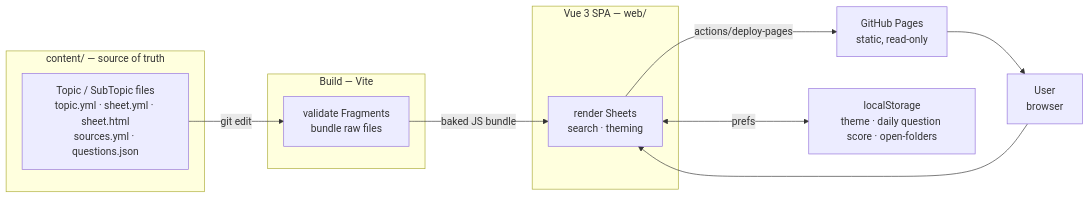
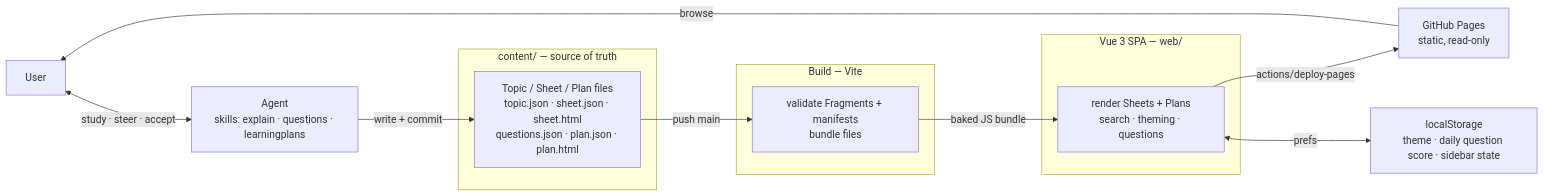
The first of 7 diagrams in docs/hldd/hldd.md (Povaz/cheatsheets), drawn with Mermaid before and after one commit. The commit also changed other lines of this file and 121 other files, not shown here.

First line of the commit message:
refactor: Agent-authored content, trunk-based flow, Topic > Sheet

````diff
--- a/docs/hldd/hldd.md
+++ b/docs/hldd/hldd.md
@@ -36,22 +38,24 @@
 ```mermaid
 flowchart LR
+    U["User"]
+    AG["Agent<br/>skills: explain · questions · learningplans"]
     subgraph authoring["content/ — source of truth"]
-        C["Topic / SubTopic files<br/>topic.yml · sheet.yml · sheet.html<br/>sources.yml · questions.json"]
+        C["Topic / Sheet / Plan files<br/>topic.json · sheet.json · sheet.html<br/>questions.json · plan.json · plan.html"]
     end
     subgraph build["Build — Vite"]
-        B["validate Fragments<br/>bundle raw files"]
+        B["validate Fragments + manifests<br/>bundle files"]
     end
     subgraph app["Vue 3 SPA — web/"]
-        A["render Sheets<br/>search · theming"]
+        A["render Sheets + Plans<br/>search · theming · questions"]
     end
     H["GitHub Pages<br/>static, read-only"]
-    U["User<br/>browser"]
-    LS["localStorage<br/>theme · daily question score · open-folders"]
+    LS["localStorage<br/>theme · daily question score · sidebar state"]
 
-    C -->|git edit| B
+    U <-->|study · steer · accept| AG
+    AG -->|write + commit| C
+    C -->|push main| B
     B -->|baked JS bundle| A
     A -->|actions/deploy-pages| H
-    H --> U
-    U --> A
+    H -->|browse| U
     A <-->|prefs| LS
 ```
````
